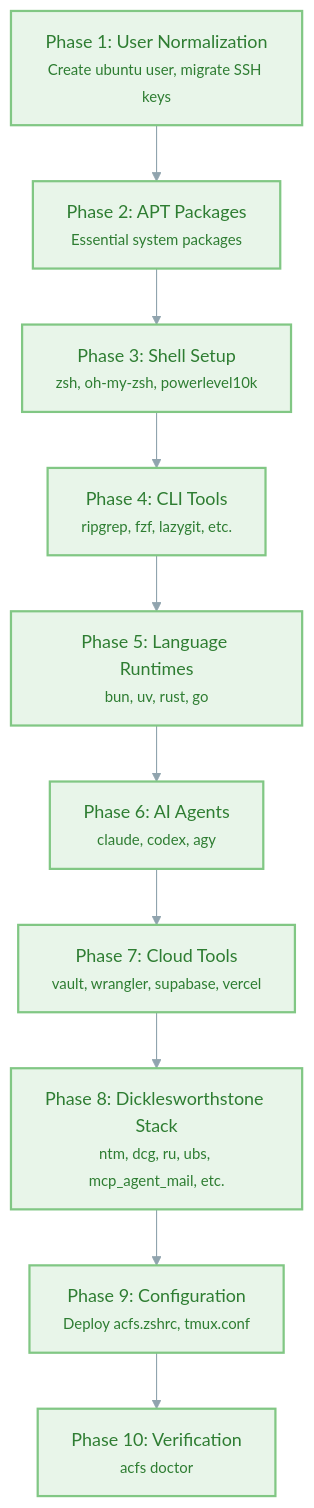
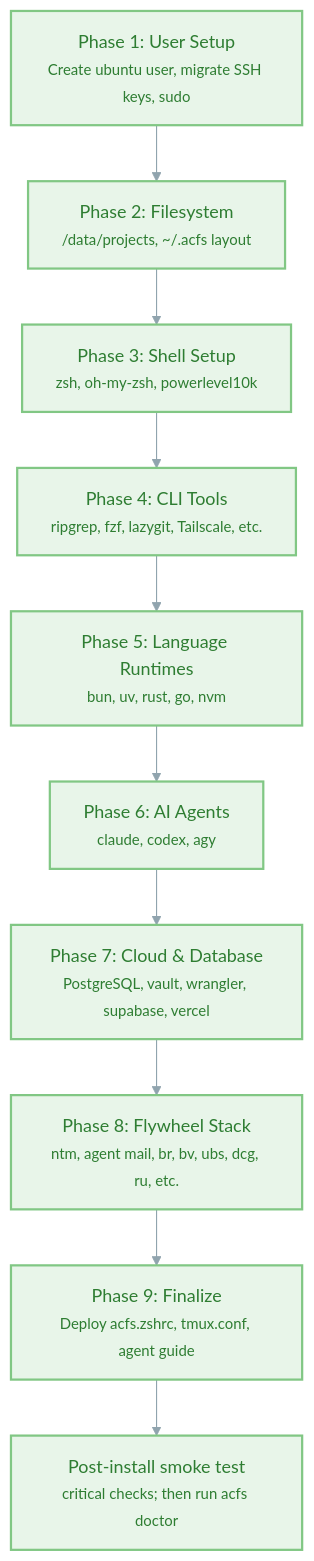
The third of 3 diagrams in README.md (Dicklesworthstone/agentic_coding_flywheel_setup), drawn with Mermaid before and after one commit. The commit also changed other lines of this file and 2 other files, not shown here.

````diff
--- a/README.md
+++ b/README.md
@@ -471,20 +475,20 @@
 ```mermaid
 graph TD
     %%{init: {'theme': 'base', 'themeVariables': { 'primaryColor': '#e8f5e9', 'lineColor': '#90a4ae'}}}%%
 
-    A["Phase 1: User Normalization<br/><small>Create ubuntu user, migrate SSH keys</small>"]
-    B["Phase 2: APT Packages<br/><small>Essential system packages</small>"]
+    A["Phase 1: User Setup<br/><small>Create ubuntu user, migrate SSH keys, sudo</small>"]
+    B["Phase 2: Filesystem<br/><small>/data/projects, ~/.acfs layout</small>"]
     C["Phase 3: Shell Setup<br/><small>zsh, oh-my-zsh, powerlevel10k</small>"]
-    D["Phase 4: CLI Tools<br/><small>ripgrep, fzf, lazygit, etc.</small>"]
-    E["Phase 5: Language Runtimes<br/><small>bun, uv, rust, go</small>"]
+    D["Phase 4: CLI Tools<br/><small>ripgrep, fzf, lazygit, Tailscale, etc.</small>"]
+    E["Phase 5: Language Runtimes<br/><small>bun, uv, rust, go, nvm</small>"]
     F["Phase 6: AI Agents<br/><small>claude, codex, agy</small>"]
-    G["Phase 7: Cloud Tools<br/><small>vault, wrangler, supabase, vercel</small>"]
-    H["Phase 8: Dicklesworthstone Stack<br/><small>ntm, dcg, ru, ubs, mcp_agent_mail, etc.</small>"]
-    I["Phase 9: Configuration<br/><small>Deploy acfs.zshrc, tmux.conf</small>"]
-    J["Phase 10: Verification<br/><small>acfs doctor</small>"]
+    G["Phase 7: Cloud & Database<br/><small>PostgreSQL, vault, wrangler, supabase, vercel</small>"]
+    H["Phase 8: Flywheel Stack<br/><small>ntm, agent mail, br, bv, ubs, dcg, ru, etc.</small>"]
+    I["Phase 9: Finalize<br/><small>Deploy acfs.zshrc, tmux.conf, agent guide</small>"]
+    J["Post-install smoke test<br/><small>critical checks; then run acfs doctor</small>"]
 
     A --> B --> C --> D --> E --> F --> G --> H --> I --> J
 
     classDef phase fill:#e8f5e9,stroke:#81c784,stroke-width:2px,color:#2e7d32
     class A,B,C,D,E,F,G,H,I,J phase
 ```
````
